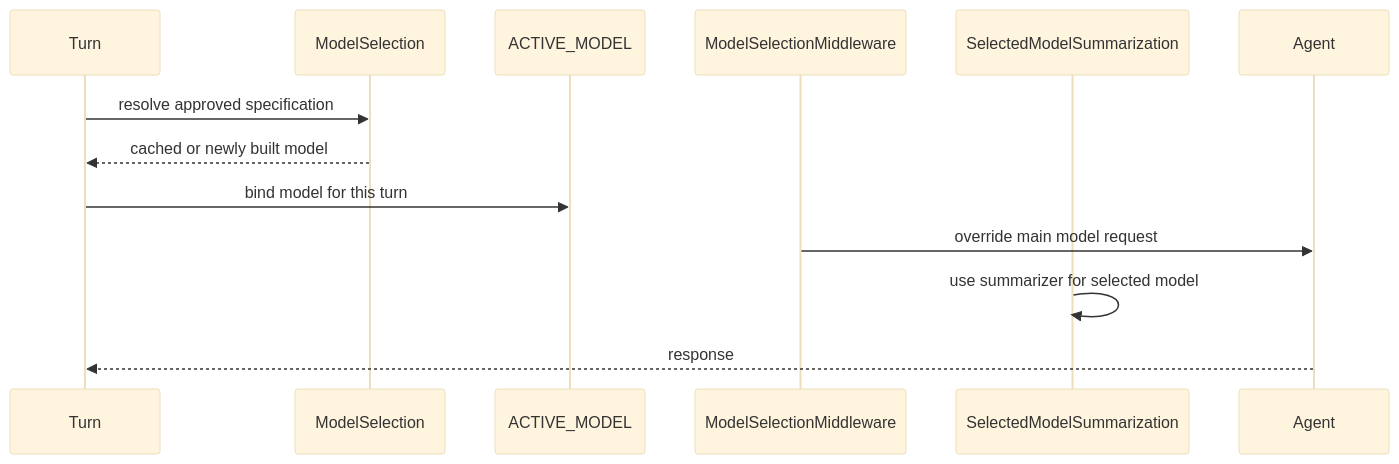
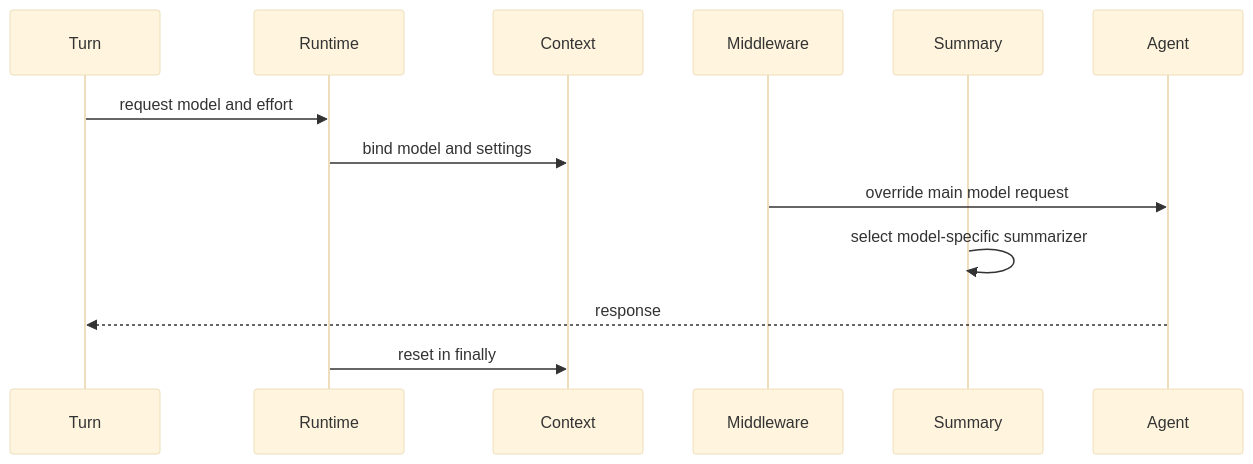
The third of 3 diagrams in openwiki/concepts/profiles-models.md (langchain-ai/deepagents), drawn with Mermaid (base theme) before and after one commit. The commit also changed other lines of this file and 67 other files, not shown here.

````diff
--- a/openwiki/concepts/profiles-models.md
+++ b/openwiki/concepts/profiles-models.md
@@ -124,15 +136,15 @@
 ```mermaid
 sequenceDiagram
     participant Turn
-    participant Selector as ModelSelection
-    participant Context as ACTIVE_MODEL
-    participant Middleware as ModelSelectionMiddleware
-    participant Summary as SelectedModelSummarization
+    participant Runtime
+    participant Context
+    participant Middleware
+    participant Summary
     participant Agent
-    Turn->>Selector: resolve approved specification
-    Selector-->>Turn: cached or newly built model
-    Turn->>Context: bind model for this turn
+    Turn->>Runtime: request model and effort
+    Runtime->>Context: bind model and settings
     Middleware->>Agent: override main model request
-    Summary->>Summary: use summarizer for selected model
+    Summary->>Summary: select model-specific summarizer
     Agent-->>Turn: response
+    Runtime->>Context: reset in finally
 ```
````
